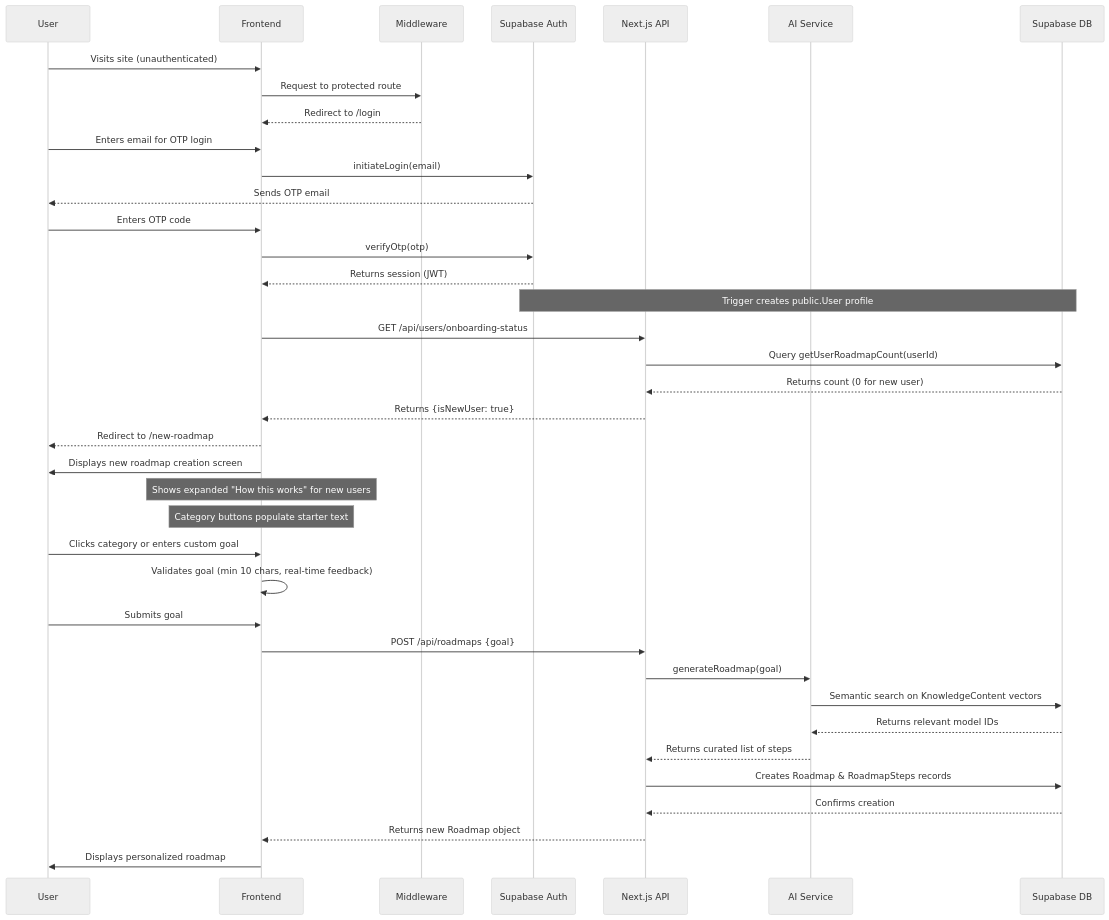
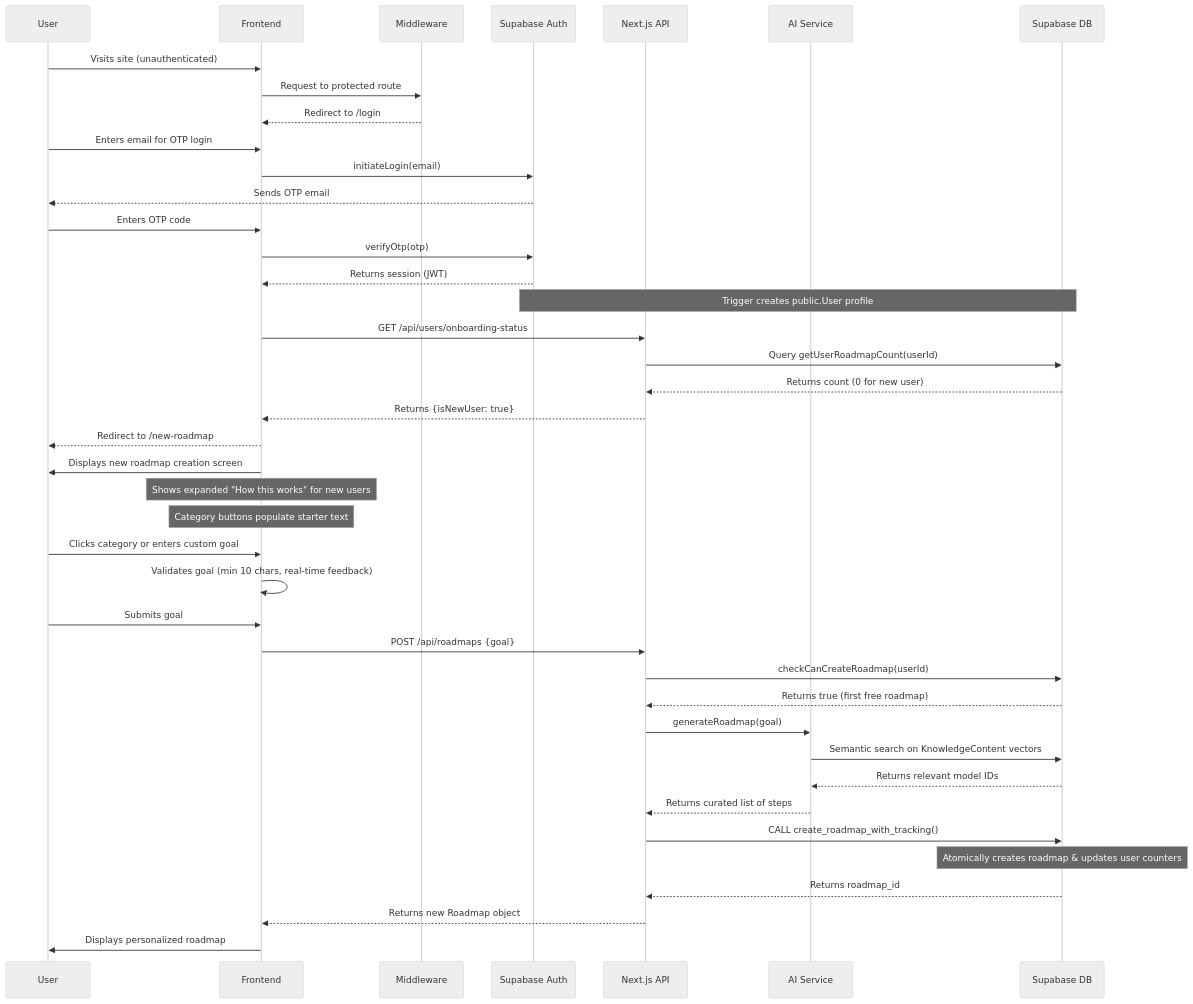
One commit to dhargitai/lattixiq changed the first of 8 diagrams in docs/architecture/6-core-workflows.md. Above: the diagram before and after it, drawn with Mermaid (neutral theme). The commit also changed other lines of this file and 4 other files, not shown here.

Commit message:
Update architecture docs to remove localStorage references and switch to database-only approach

````diff
--- a/docs/architecture/6-core-workflows.md
+++ b/docs/architecture/6-core-workflows.md
@@ -9,47 +9,51 @@
 ```mermaid
 sequenceDiagram
     participant User
     participant Frontend
     participant Middleware
     participant SupabaseAuth as Supabase Auth
     participant APIRoutes as Next.js API
     participant AIService as AI Service
     participant SupabaseDB as Supabase DB
 
     User->>Frontend: Visits site (unauthenticated)
     Frontend->>Middleware: Request to protected route
     Middleware-->>Frontend: Redirect to /login
 
     User->>Frontend: Enters email for OTP login
     Frontend->>SupabaseAuth: initiateLogin(email)
     SupabaseAuth-->>User: Sends OTP email
     User->>Frontend: Enters OTP code
     Frontend->>SupabaseAuth: verifyOtp(otp)
     SupabaseAuth-->>Frontend: Returns session (JWT)
     Note over SupabaseAuth, SupabaseDB: Trigger creates public.User profile
 
     Frontend->>APIRoutes: GET /api/users/onboarding-status
     APIRoutes->>SupabaseDB: Query getUserRoadmapCount(userId)
     SupabaseDB-->>APIRoutes: Returns count (0 for new user)
     APIRoutes-->>Frontend: Returns {isNewUser: true}
     Frontend-->>User: Redirect to /new-roadmap
 
     Frontend->>User: Displays new roadmap creation screen
     Note over Frontend: Shows expanded "How this works" for new users
     Note over Frontend: Category buttons populate starter text
     User->>Frontend: Clicks category or enters custom goal
     Frontend->>Frontend: Validates goal (min 10 chars, real-time feedback)
     User->>Frontend: Submits goal
     Frontend->>APIRoutes: POST /api/roadmaps {goal}
 
+    APIRoutes->>SupabaseDB: checkCanCreateRoadmap(userId)
+    SupabaseDB-->>APIRoutes: Returns true (first free roadmap)
+
     APIRoutes->>AIService: generateRoadmap(goal)
     AIService->>SupabaseDB: Semantic search on KnowledgeContent vectors
     SupabaseDB-->>AIService: Returns relevant model IDs
     AIService-->>APIRoutes: Returns curated list of steps
 
-    APIRoutes->>SupabaseDB: Creates Roadmap & RoadmapSteps records
-    SupabaseDB-->>APIRoutes: Confirms creation
+    APIRoutes->>SupabaseDB: CALL create_roadmap_with_tracking()
+    Note over SupabaseDB: Atomically creates roadmap & updates user counters
+    SupabaseDB-->>APIRoutes: Returns roadmap_id
     APIRoutes-->>Frontend: Returns new Roadmap object
 
     Frontend->>User: Displays personalized roadmap
 ```
````
